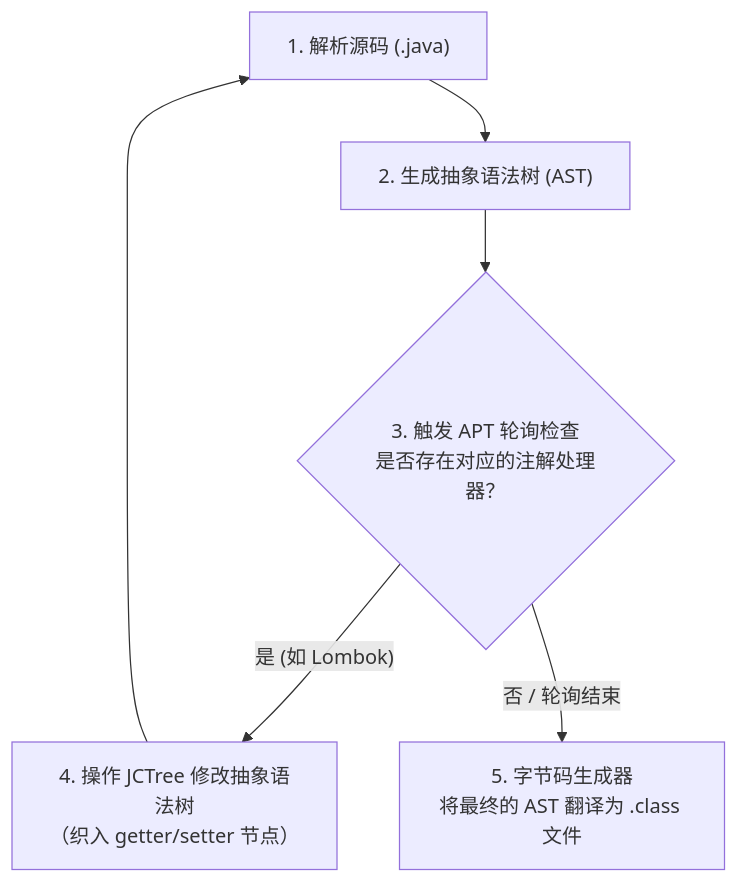
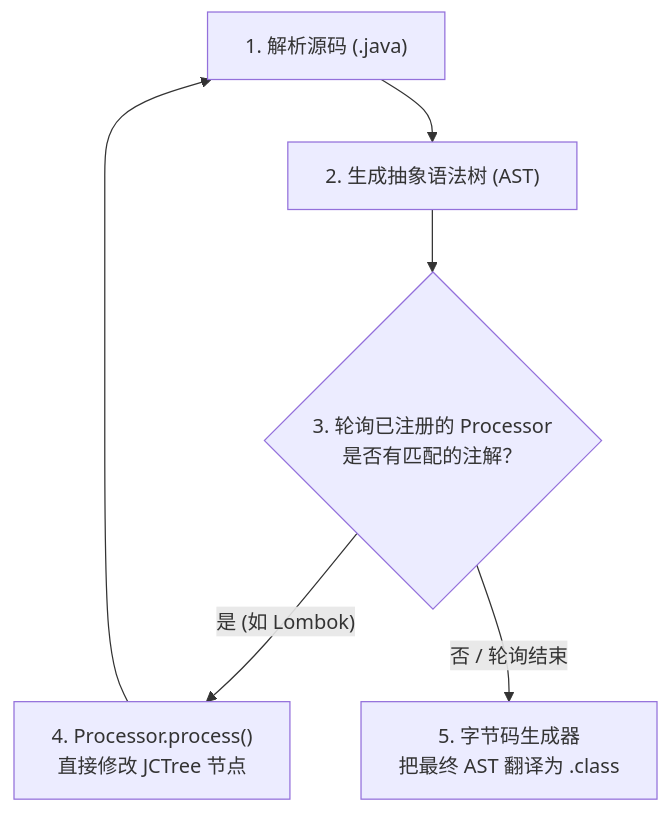
The diagram in docs/01-java-basic/03-注解（Annotation）：字节码属性表里的 RuntimeVisibleAnnotations 与 APT 编译期织入.md (b1tzer/b1tzer.github.io), drawn with Mermaid before and after one commit. The commit also changed other lines of this file and 1 other file, not shown here.

````diff
--- a/docs/01-java-basic/03-注解（Annotation）：字节码属性表里的 RuntimeVisibleAnnotations 与 APT 编译期织入.md
+++ b/docs/01-java-basic/03-注解（Annotation）：字节码属性表里的 RuntimeVisibleAnnotations 与 APT 编译期织入.md
@@ -200,8 +193,8 @@
 ```mermaid
 flowchart TD
     A["1. 解析源码 (.java)"] --> B["2. 生成抽象语法树 (AST)"]
-    B --> C{"3. 触发 APT 轮询检查<br>是否存在对应的注解处理器？"}
-    C -->|"是 (如 Lombok)"| D["4. 操作 JCTree 修改抽象语法树<br>（织入 getter/setter 节点）"]
+    B --> C{"3. 轮询已注册的 Processor<br>是否有匹配的注解？"}
+    C -->|"是 (如 Lombok)"| D["4. Processor.process()<br>直接修改 JCTree 节点"]
     D --> A
-    C -->|"否 / 轮询结束"| E["5. 字节码生成器<br>将最终的 AST 翻译为 .class 文件"]
+    C -->|"否 / 轮询结束"| E["5. 字节码生成器<br>把最终 AST 翻译为 .class"]
 ```
````
